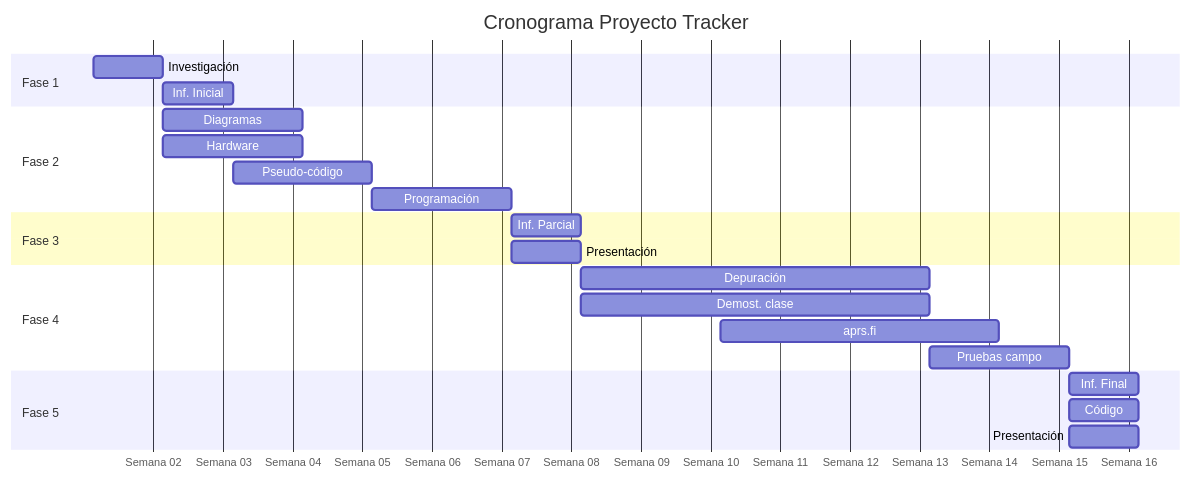
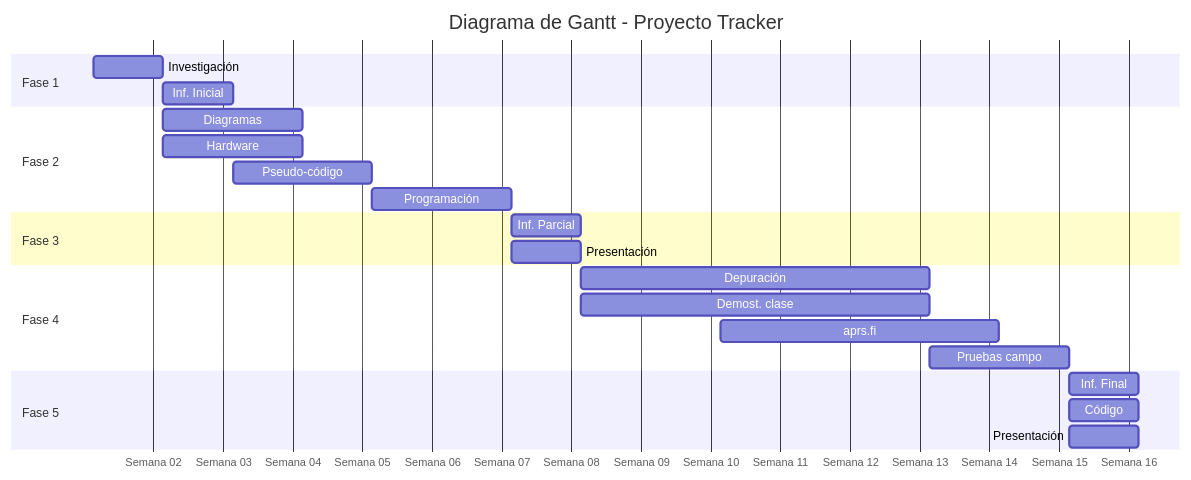
The diagram in docs/investigación/diagrama-gantt.md (SnowRainicorn/Taller-Integrador), drawn with Mermaid before and after one commit.

````diff
--- a/docs/investigación/diagrama-gantt.md
+++ b/docs/investigación/diagrama-gantt.md
@@ -1,31 +1,31 @@
 ```mermaid
 gantt
-    title Cronograma Proyecto Tracker
+    title Diagrama de Gantt - Proyecto Tracker
     dateFormat  YYYY-MM-DD
     axisFormat  Semana %W
     
     section Fase 1
     Investigación :2024-01-08, 7d
     Inf. Inicial :2024-01-15, 7d
     
     section Fase 2
     Diagramas :2024-01-15, 14d
     Hardware :2024-01-15, 14d
     Pseudo-código :2024-01-22, 14d
     Programación :2024-02-05, 14d
     
     section Fase 3
     Inf. Parcial :2024-02-19, 7d
     Presentación :2024-02-19, 7d
     
     section Fase 4
     Depuración :2024-02-26, 35d
     Demost. clase :2024-02-26, 35d
     aprs.fi :2024-03-11, 28d
     Pruebas campo :2024-04-01, 14d
     
     section Fase 5
     Inf. Final :2024-04-15, 7d
     Código :2024-04-15, 7d
     Presentación :2024-04-15, 7d
 ```
````
